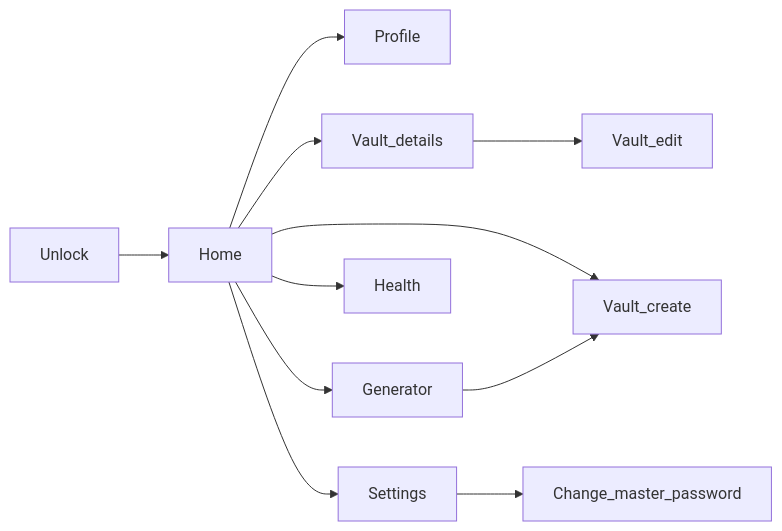
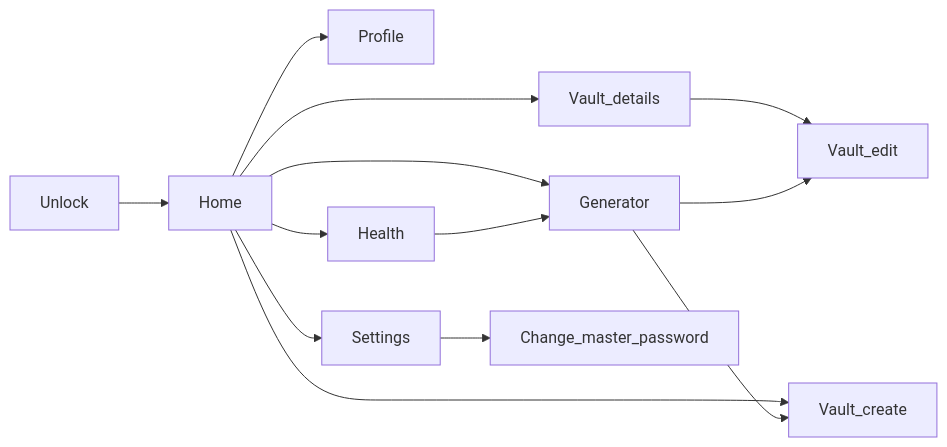
Before and after one commit to alvarule/nucleus: the third of 3 diagrams in .cursor/plans/nucleus_flutter_app_fe530d03.plan.md, drawn with Mermaid. The commit also changed other lines of this file and 20 other files, not shown here.

````diff
--- a/.cursor/plans/nucleus_flutter_app_fe530d03.plan.md
+++ b/.cursor/plans/nucleus_flutter_app_fe530d03.plan.md
@@ -324,23 +341,25 @@
 ```mermaid
 flowchart LR
   unlock[Unlock]
   home[Home]
   profile[Profile]
   details[Vault_details]
   edit[Vault_edit]
   create[Vault_create]
   gen[Generator]
   health[Health]
   settings[Settings]
   cmp[Change_master_password]
   unlock --> home
   home --> profile
   home --> details
   details --> edit
   home --> create
   home --> gen
   home --> health
   home --> settings
+  health --> gen
   gen --> create
+  gen --> edit
   settings --> cmp
 ```
````
